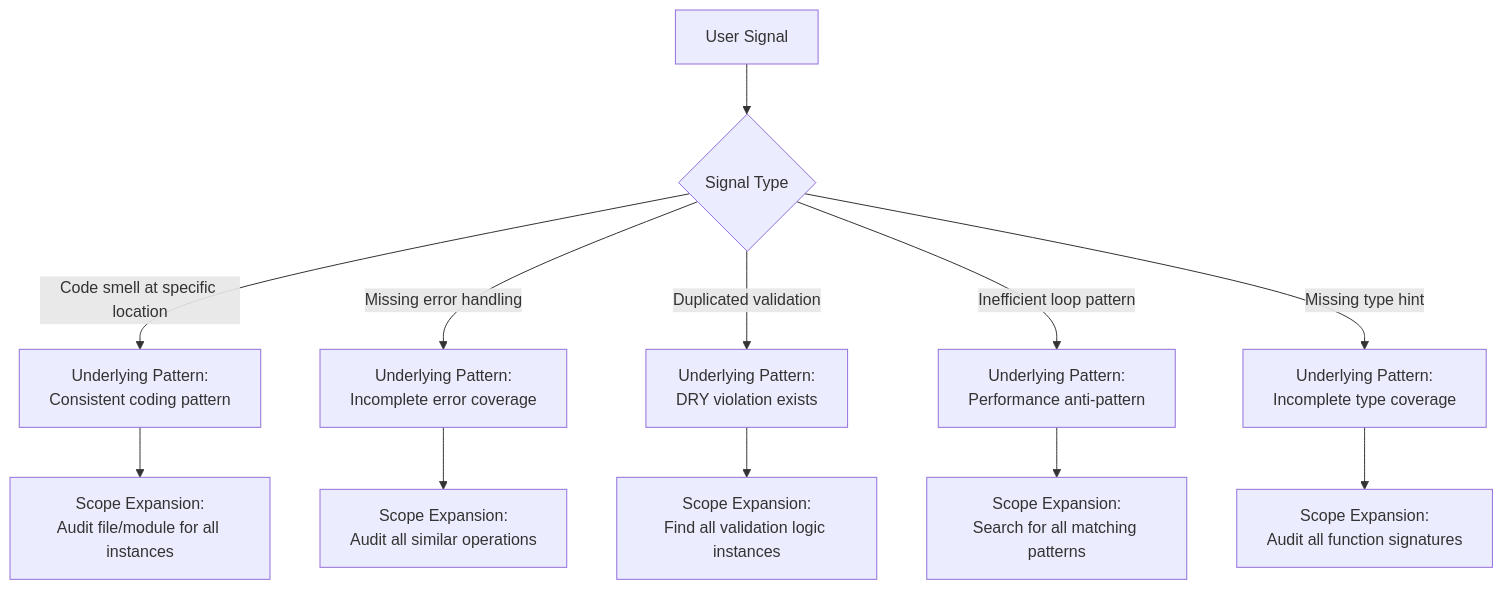
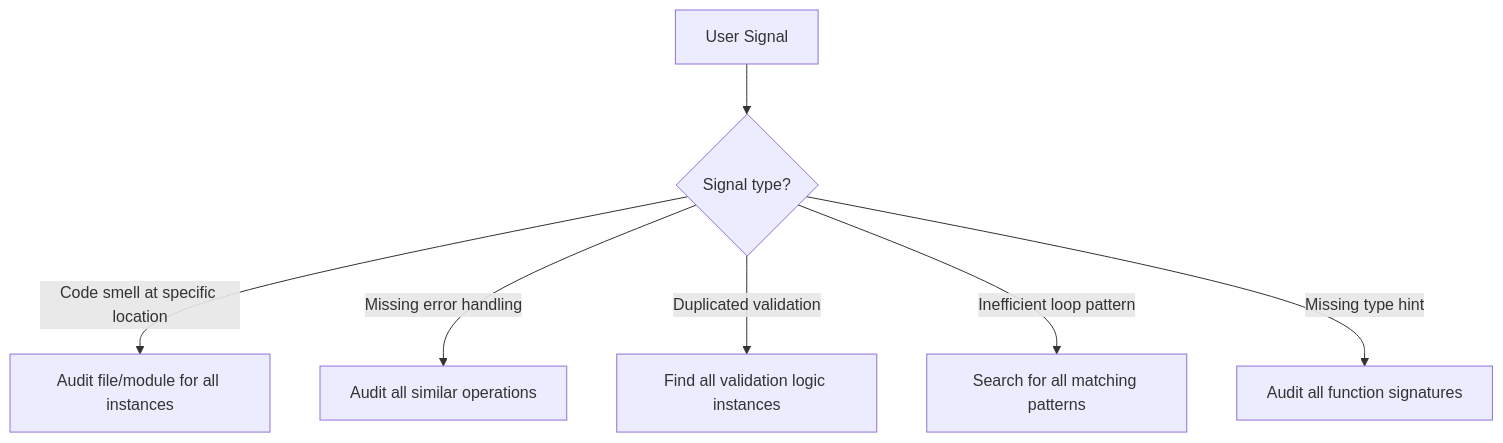
The third of 3 diagrams in plugins/agent-orchestration/skills/agent-orchestration/SKILL.md (chgreer1070/claude_skills), drawn with Mermaid before and after one commit. The commit also changed other lines of this file and 13 other files, not shown here.

````diff
--- a/plugins/agent-orchestration/skills/agent-orchestration/SKILL.md
+++ b/plugins/agent-orchestration/skills/agent-orchestration/SKILL.md
@@ -574,19 +418,9 @@
 ```mermaid
 flowchart TD
-    Start[User Signal] --> Decision{Signal Type}
-
-    Decision -->|Code smell at specific location| Pattern1[Underlying Pattern:<br/>Consistent coding pattern]
-    Pattern1 --> Action1[Scope Expansion:<br/>Audit file/module for all instances]
-
-    Decision -->|Missing error handling| Pattern2[Underlying Pattern:<br/>Incomplete error coverage]
-    Pattern2 --> Action2[Scope Expansion:<br/>Audit all similar operations]
-
-    Decision -->|Duplicated validation| Pattern3[Underlying Pattern:<br/>DRY violation exists]
-    Pattern3 --> Action3[Scope Expansion:<br/>Find all validation logic instances]
-
-    Decision -->|Inefficient loop pattern| Pattern4[Underlying Pattern:<br/>Performance anti-pattern]
-    Pattern4 --> Action4[Scope Expansion:<br/>Search for all matching patterns]
-
-    Decision -->|Missing type hint| Pattern5[Underlying Pattern:<br/>Incomplete type coverage]
-    Pattern5 --> Action5[Scope Expansion:<br/>Audit all function signatures]
+    Signal[User Signal] --> Q{Signal type?}
+    Q -->|Code smell at specific location| A1[Audit file/module for all instances]
+    Q -->|Missing error handling| A2[Audit all similar operations]
+    Q -->|Duplicated validation| A3[Find all validation logic instances]
+    Q -->|Inefficient loop pattern| A4[Search for all matching patterns]
+    Q -->|Missing type hint| A5[Audit all function signatures]
 ```
````
